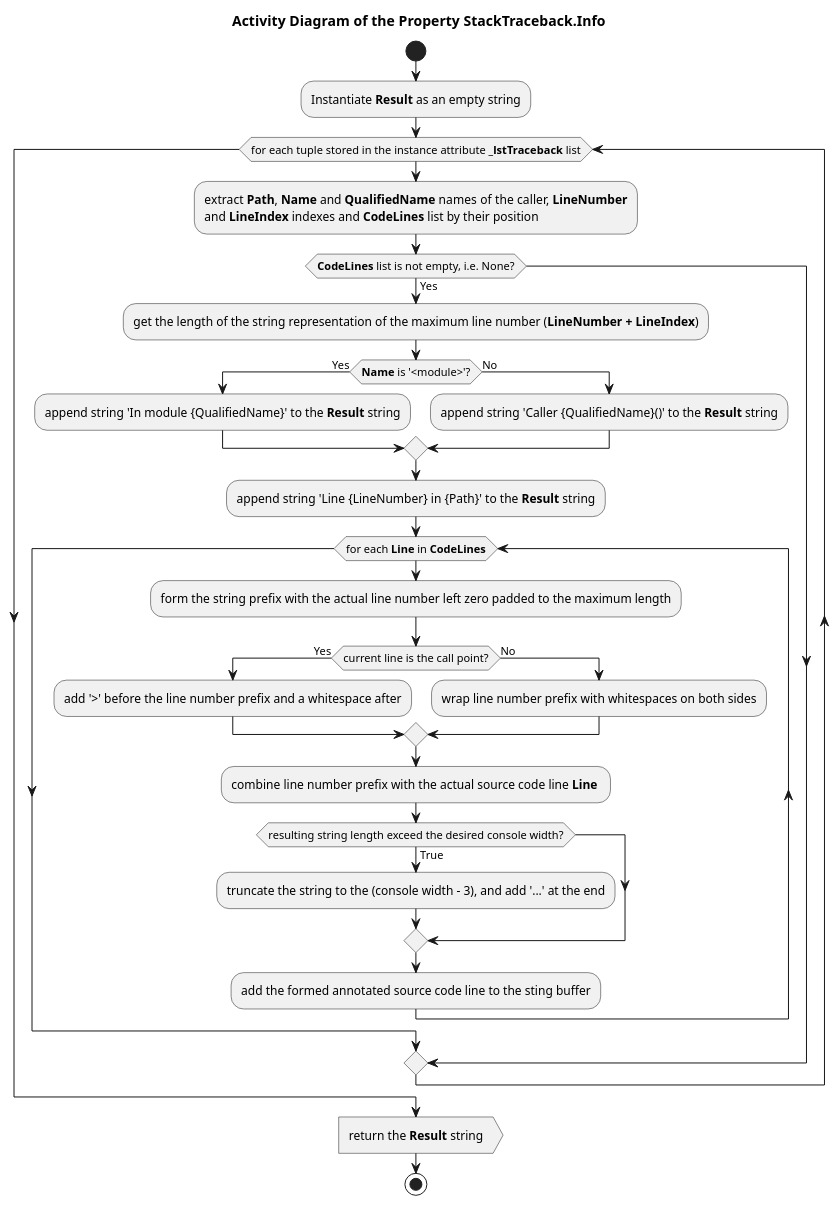
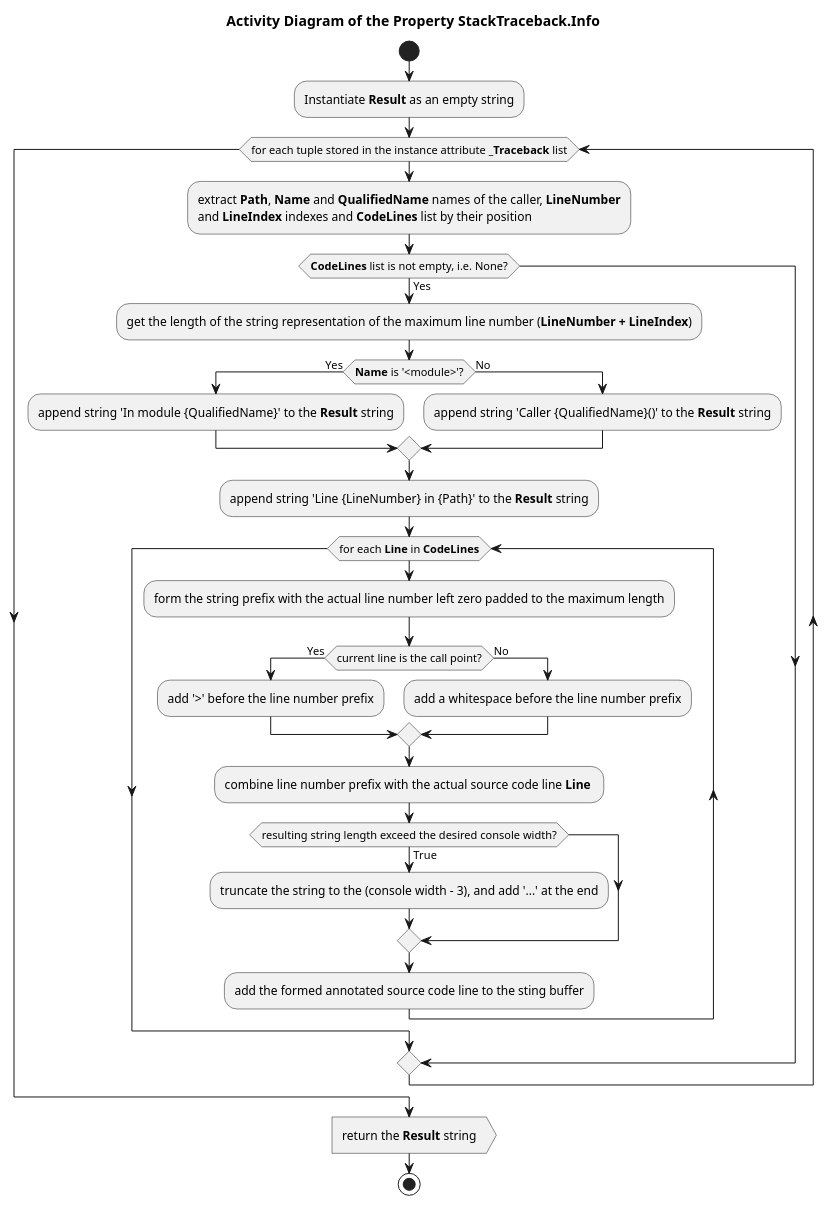
Before and after one commit to FooBarShebang/introspection_lib: the diagram in Documentation/UML/traceback/traceback_stacktraceback_info.pu, drawn with PlantUML. The commit also changed 22 other files, not shown here.

```diff
--- a/Documentation/UML/traceback/traceback_stacktraceback_info.pu
+++ b/Documentation/UML/traceback/traceback_stacktraceback_info.pu
@@ -1,47 +1,47 @@
 @startuml traceback_stacktraceback_info
 
 title Activity Diagram of the Property StackTraceback.Info
 
 start
 
 :Instantiate <b>Result</b> as an empty string;
 
-while (for each tuple stored in the instance attribute <b>_lstTraceback</b> list)
+while (for each tuple stored in the instance attribute <b>_Traceback</b> list)
     :extract <b>Path</b>, <b>Name</b> and <b>QualifiedName</b> names of the caller, <b>LineNumber</b>\nand <b>LineIndex</b> indexes and <b>CodeLines</b> list by their position;
     
     if (<b>CodeLines</b> list is not empty, i.e. None?) then (Yes)
         :get the length of the string representation of the maximum line number (<b>LineNumber + LineIndex</b>);
         
         if (<b>Name</b> is '<module>'?) then (Yes)
             :append string 'In module {QualifiedName}' to the <b>Result</b> string;
         else (No)
             :append string 'Caller {QualifiedName}()' to the <b>Result</b> string;
         endif
 
         :append string 'Line {LineNumber} in {Path}' to the <b>Result</b> string;
 
         while (for each <b>Line</b> in <b>CodeLines</b>)
             :form the string prefix with the actual line number left zero padded to the maximum length;
             
             if (current line is the call point?) then (Yes)
-                :add '>' before the line number prefix and a whitespace after;
+                :add '>' before the line number prefix;
             else (No)
-                :wrap line number prefix with whitespaces on both sides;
+                :add a whitespace before the line number prefix;
             endif
             
             :combine line number prefix with the actual source code line <b>Line</b> ;
             
             if (resulting string length exceed the desired console width?) then (True)
                 :truncate the string to the (console width - 3), and add '...' at the end;
             endif
             
             :add the formed annotated source code line to the sting buffer;
         end while
     endif
 end while
 
 :return the <b>Result</b> string>
 
 stop
 
 @enduml
```
